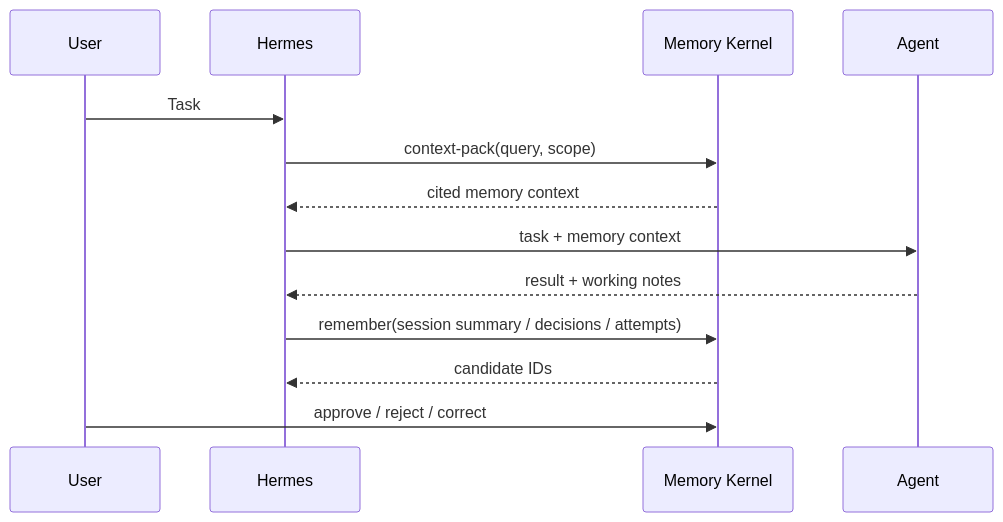
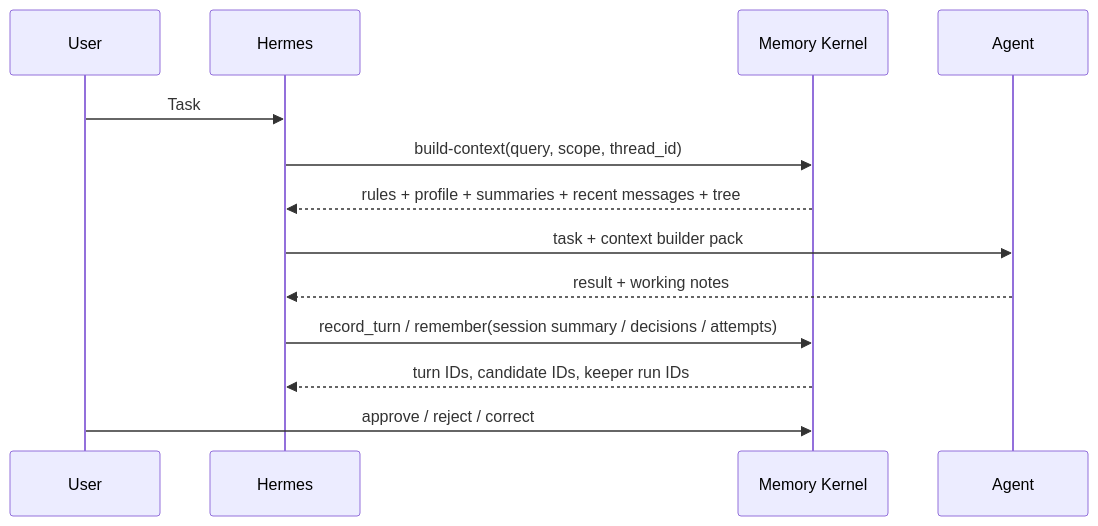
Before and after one commit to huyugobatecob-gif/agent-memory-kernel: the diagram in docs/hermes-integration.md, drawn with Mermaid. The commit also changed other lines of this file and 11 other files, not shown here.

Commit message:
Implement persistent agent memory graph

````diff
--- a/docs/hermes-integration.md
+++ b/docs/hermes-integration.md
@@ -10,16 +10,16 @@
 ```mermaid
 sequenceDiagram
     participant U as User
     participant H as Hermes
     participant M as Memory Kernel
     participant A as Agent
 
     U->>H: Task
-    H->>M: context-pack(query, scope)
-    M-->>H: cited memory context
-    H->>A: task + memory context
+    H->>M: build-context(query, scope, thread_id)
+    M-->>H: rules + profile + summaries + recent messages + tree
+    H->>A: task + context builder pack
     A-->>H: result + working notes
-    H->>M: remember(session summary / decisions / attempts)
-    M-->>H: candidate IDs
+    H->>M: record_turn / remember(session summary / decisions / attempts)
+    M-->>H: turn IDs, candidate IDs, keeper run IDs
     U->>M: approve / reject / correct
 ```
````
